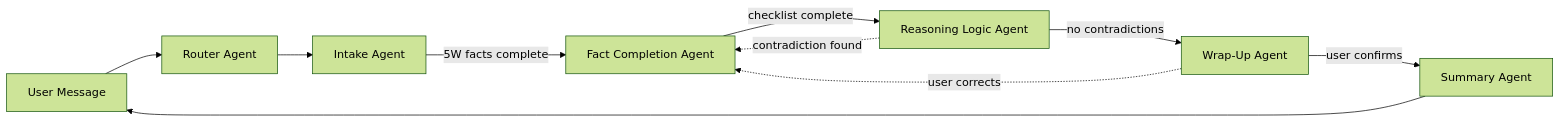
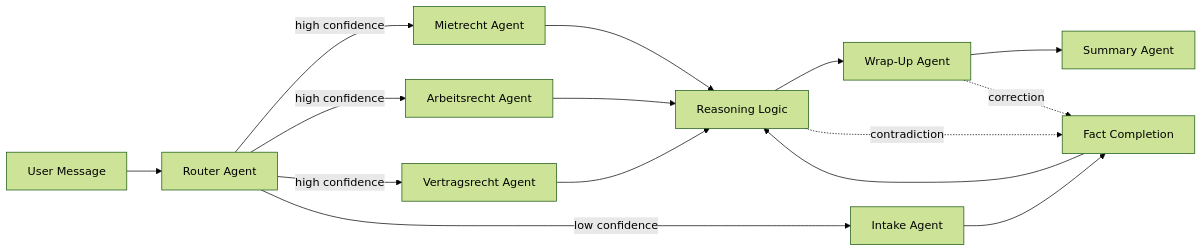
Before and after one commit to apurvdeodhar/sumii-mobile-api: the diagram in app/services/agents/README.md, drawn with Mermaid (forest theme). The commit also changed other lines of this file, not shown here.

First line of the commit message:
docs: update agents README for 9-agent domain-aware architecture

````diff
--- a/app/services/agents/README.md
+++ b/app/services/agents/README.md
@@ -7,12 +7,17 @@
 ```mermaid
 flowchart LR
     User[User Message] --> Router[Router Agent]
-    Router --> Intake[Intake Agent]
-    Intake --> |"5W facts complete"| FactComp[Fact Completion Agent]
-    FactComp --> |"checklist complete"| Reasoning[Reasoning Logic Agent]
-    Reasoning --> |"no contradictions"| WrapUp[Wrap-Up Agent]
-    Reasoning -.-> |"contradiction found"| FactComp
-    WrapUp --> |"user confirms"| Summary[Summary Agent]
-    WrapUp -.-> |"user corrects"| FactComp
-    Summary --> User
+    Router -->|high confidence| Miet[Mietrecht Agent]
+    Router -->|high confidence| Arb[Arbeitsrecht Agent]
+    Router -->|high confidence| Vert[Vertragsrecht Agent]
+    Router -->|low confidence| Intake[Intake Agent]
+    Miet --> Reasoning[Reasoning Logic]
+    Arb --> Reasoning
+    Vert --> Reasoning
+    Intake --> FactComp[Fact Completion]
+    FactComp --> Reasoning
+    Reasoning --> WrapUp[Wrap-Up Agent]
+    Reasoning -.->|contradiction| FactComp
+    WrapUp --> Summary[Summary Agent]
+    WrapUp -.->|correction| FactComp
 ```
````
